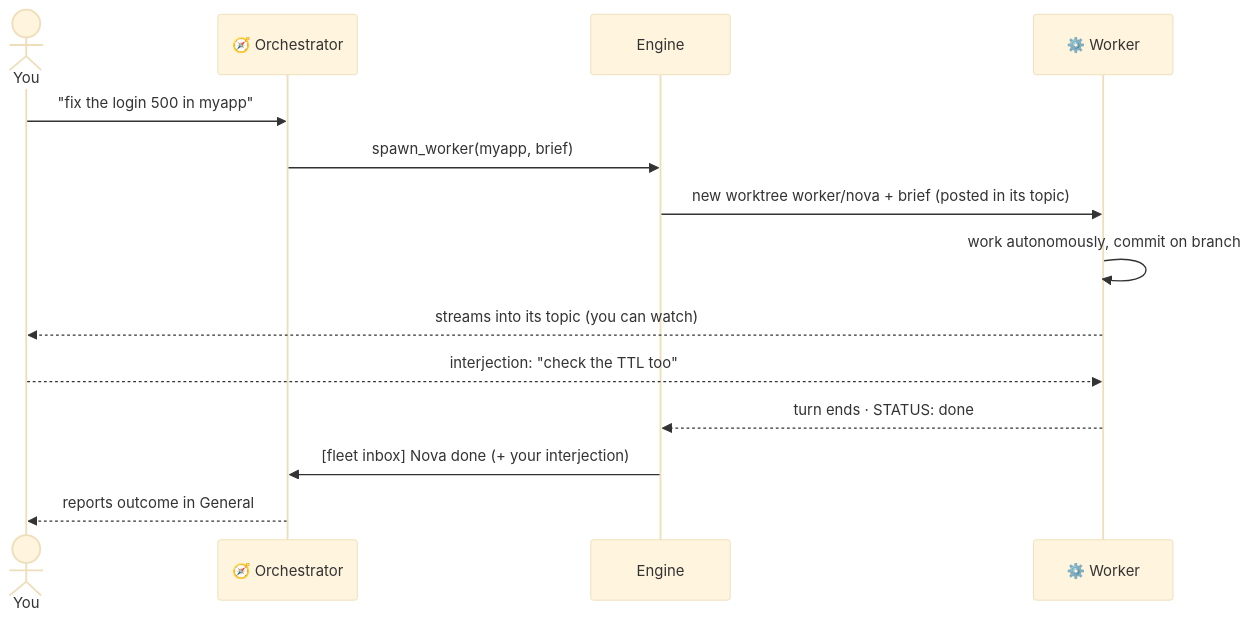
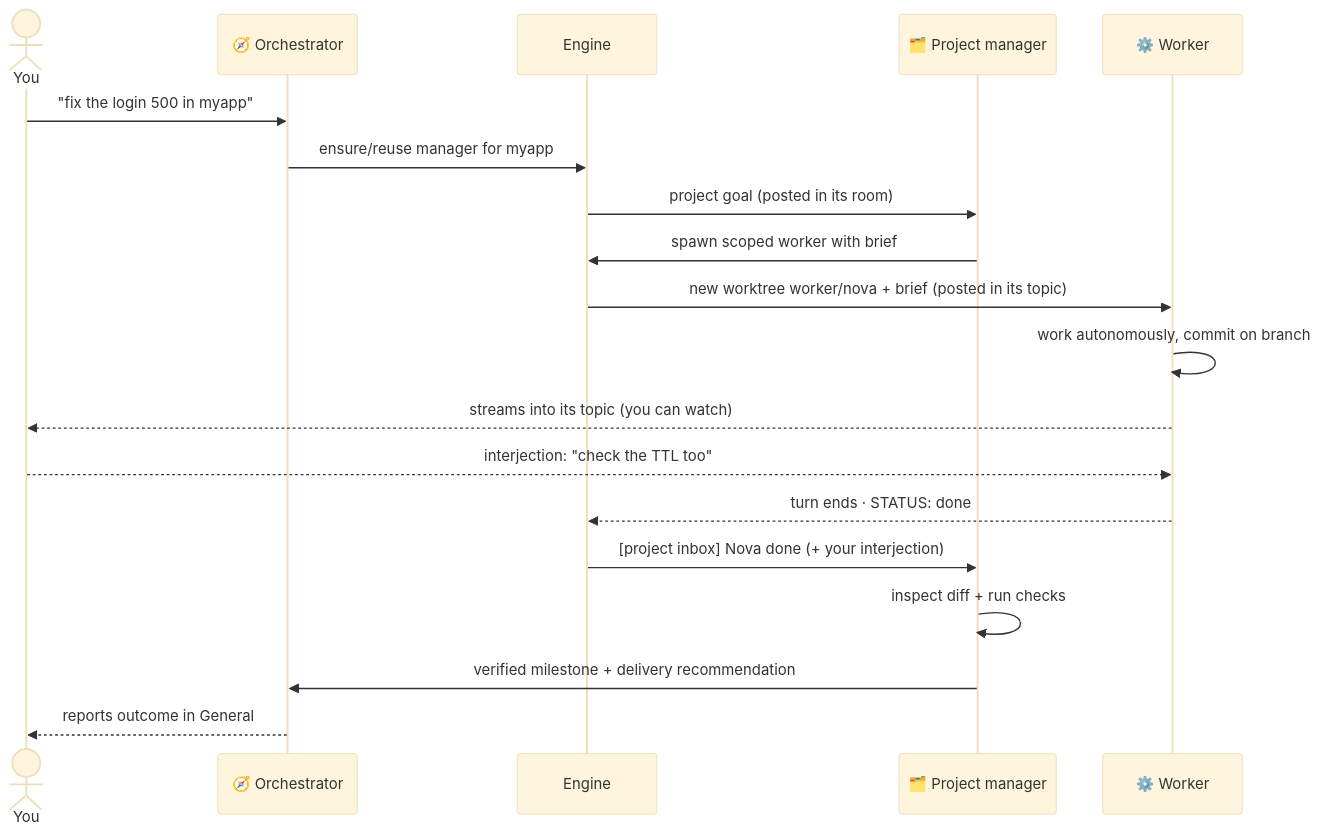
One commit to Dri-water/be-a-boss changed the third of 3 diagrams in README.md. Above: the diagram before and after it, drawn with Mermaid (base theme). The commit also changed other lines of this file and 27 other files, not shown here.

````diff
--- a/README.md
+++ b/README.md
@@ -129,16 +153,21 @@
 ```mermaid
 sequenceDiagram
     actor You
     participant O as 🧭 Orchestrator
     participant E as Engine
+    participant P as 🗂️ Project manager
     participant C as ⚙️ Worker
     You->>O: "fix the login 500 in myapp"
-    O->>E: spawn_worker(myapp, brief)
+    O->>E: ensure/reuse manager for myapp
+    E->>P: project goal (posted in its room)
+    P->>E: spawn scoped worker with brief
     E->>C: new worktree worker/nova + brief (posted in its topic)
     C->>C: work autonomously, commit on branch
     C-->>You: streams into its topic (you can watch)
     You-->>C: interjection: "check the TTL too"
     C-->>E: turn ends · STATUS: done
-    E->>O: [fleet inbox] Nova done (+ your interjection)
+    E->>P: [project inbox] Nova done (+ your interjection)
+    P->>P: inspect diff + run checks
+    P->>O: verified milestone + delivery recommendation
     O-->>You: reports outcome in General
 ```
````
